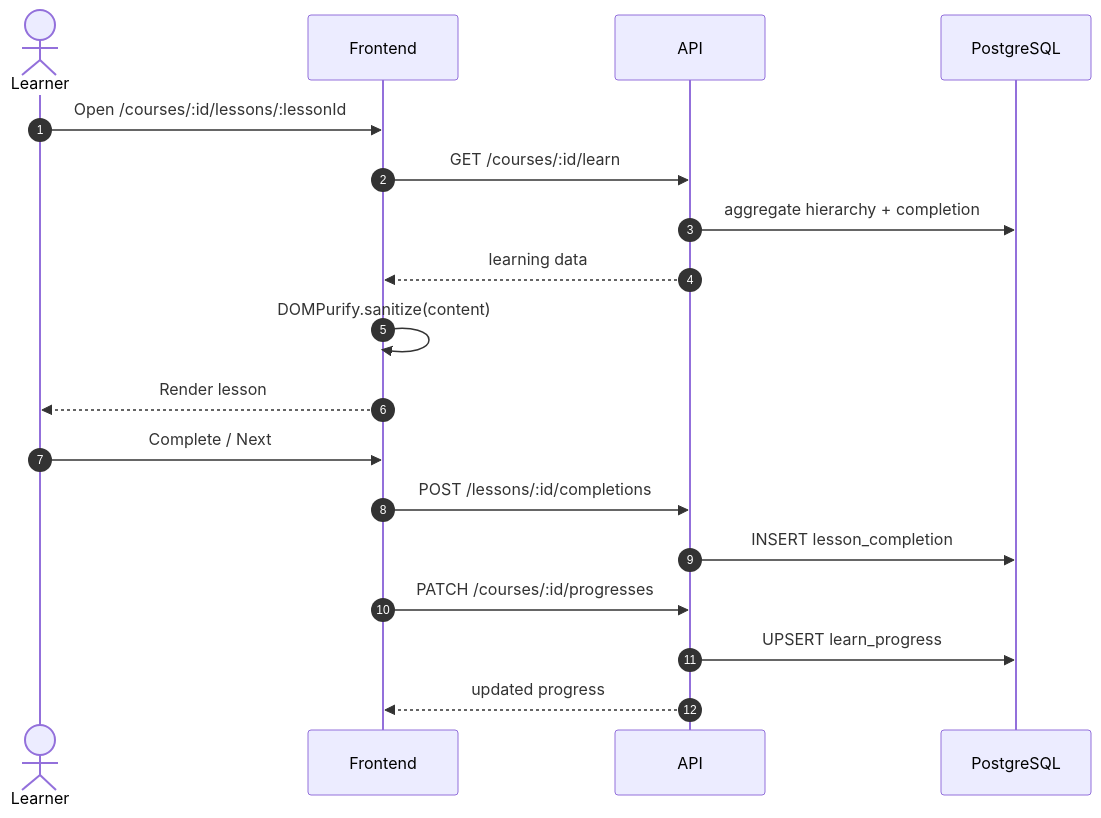
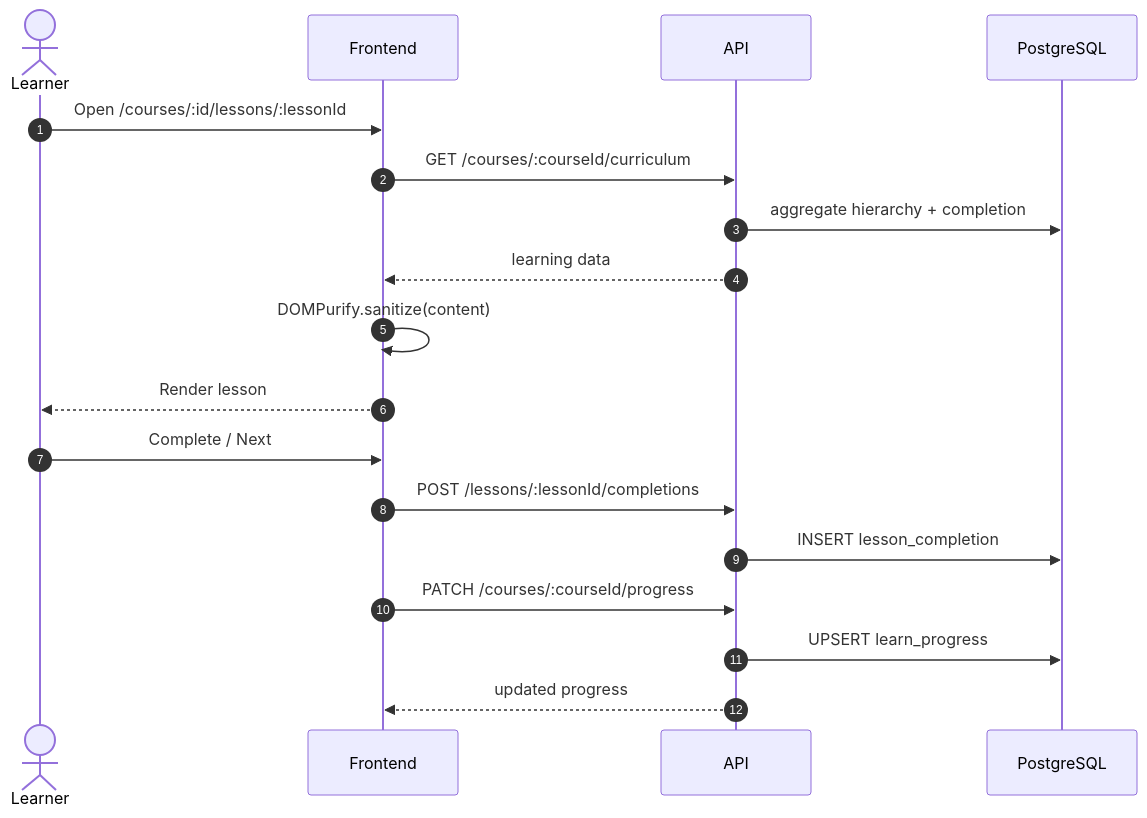
The fifth of 12 diagrams in docs/diagrams/sequence-diagrams.md (Rafy-Tho/LearnSphere), drawn with Mermaid before and after one commit. The commit also changed other lines of this file and 65 other files, not shown here.

````diff
--- a/docs/diagrams/sequence-diagrams.md
+++ b/docs/diagrams/sequence-diagrams.md
@@ -114,21 +114,21 @@
 ```mermaid
 sequenceDiagram
   autonumber
   actor L as Learner
   participant F as Frontend
   participant A as API
   participant DB as PostgreSQL
 
   L->>F: Open /courses/:id/lessons/:lessonId
-  F->>A: GET /courses/:id/learn
+  F->>A: GET /courses/:courseId/curriculum
   A->>DB: aggregate hierarchy + completion
   A-->>F: learning data
   F->>F: DOMPurify.sanitize(content)
   F-->>L: Render lesson
   L->>F: Complete / Next
-  F->>A: POST /lessons/:id/completions
+  F->>A: POST /lessons/:lessonId/completions
   A->>DB: INSERT lesson_completion
-  F->>A: PATCH /courses/:id/progresses
+  F->>A: PATCH /courses/:courseId/progress
   A->>DB: UPSERT learn_progress
   A-->>F: updated progress
 ```
````
